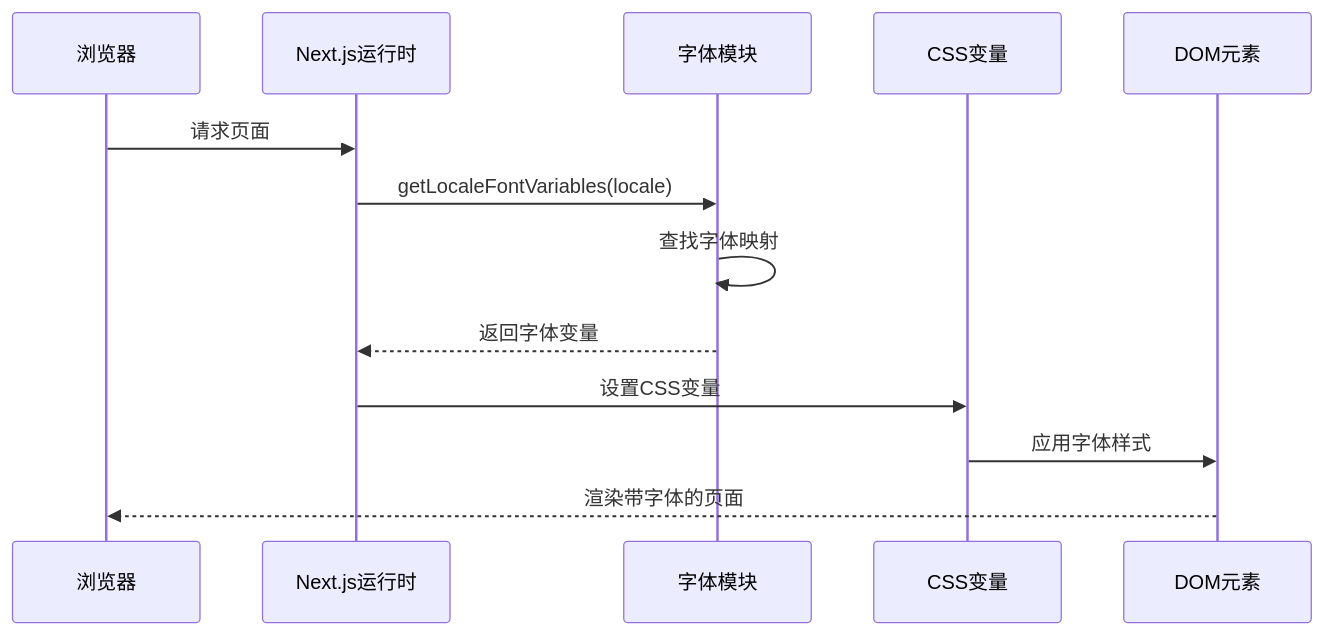
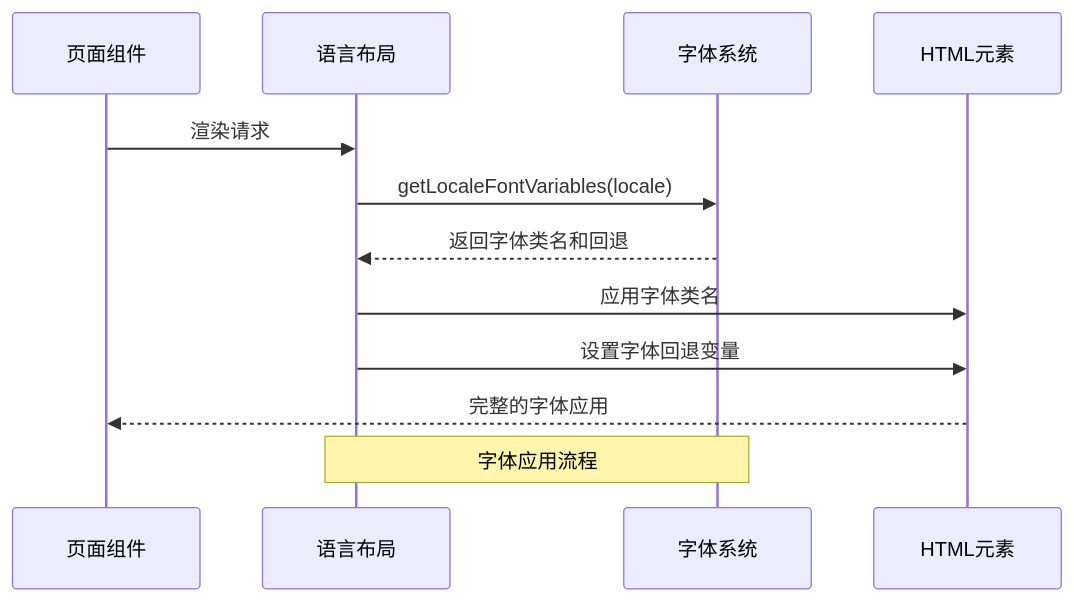
The sixth of 7 diagrams in .qoder/repowiki/zh/content/Font Management.md (sgyy/privadeck), drawn with Mermaid before and after one commit. The commit also changed other lines of this file and 5 other files, not shown here.

````diff
--- a/.qoder/repowiki/zh/content/Font Management.md
+++ b/.qoder/repowiki/zh/content/Font Management.md
@@ -261,15 +233,14 @@
 ```mermaid
 sequenceDiagram
-participant Browser as 浏览器
-participant NextJS as Next.js运行时
-participant FontModule as 字体模块
-participant CSS as CSS变量
-participant DOM as DOM元素
-Browser->>NextJS : 请求页面
-NextJS->>FontModule : getLocaleFontVariables(locale)
-FontModule->>FontModule : 查找字体映射
-FontModule-->>NextJS : 返回字体变量
-NextJS->>CSS : 设置CSS变量
-CSS->>DOM : 应用字体样式
-DOM-->>Browser : 渲染带字体的页面
+participant Page as 页面组件
+participant Layout as 语言布局
+participant Font as 字体系统
+participant HTML as HTML元素
+Page->>Layout : 渲染请求
+Layout->>Font : getLocaleFontVariables(locale)
+Font-->>Layout : 返回字体类名和回退
+Layout->>HTML : 应用字体类名
+Layout->>HTML : 设置字体回退变量
+HTML-->>Page : 完整的字体应用
+Note over Layout,Font : 字体应用流程
 ```
````
